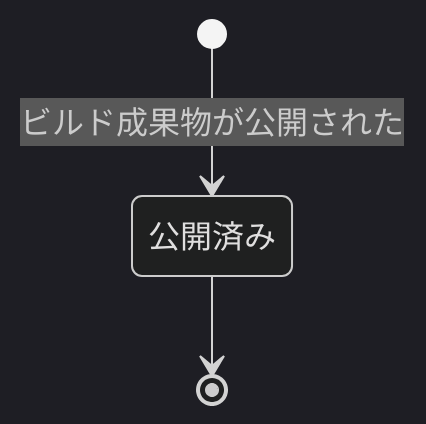
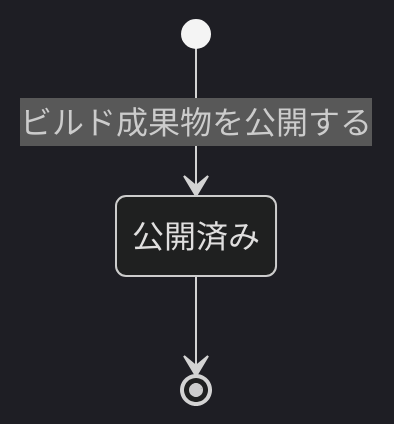
One commit to kuchita-el/claude-shared-skills changed the seventh of 7 diagrams in docs/development/event-storming.md. Above: the diagram before and after it, drawn with Mermaid (dark theme). The commit also changed other lines of this file, not shown here.

First line of the commit message:
docs(event-storming): mermaid 遷移ラベル規約を R1（コマンド+ガード条件）に統一 (#184)

````diff
--- a/docs/development/event-storming.md
+++ b/docs/development/event-storming.md
@@ -296,5 +304,5 @@
 ```mermaid
 stateDiagram-v2
-    [*] --> 公開済み: ビルド成果物が公開された
+    [*] --> 公開済み: ビルド成果物を公開する
     公開済み --> [*]
 ```
````
